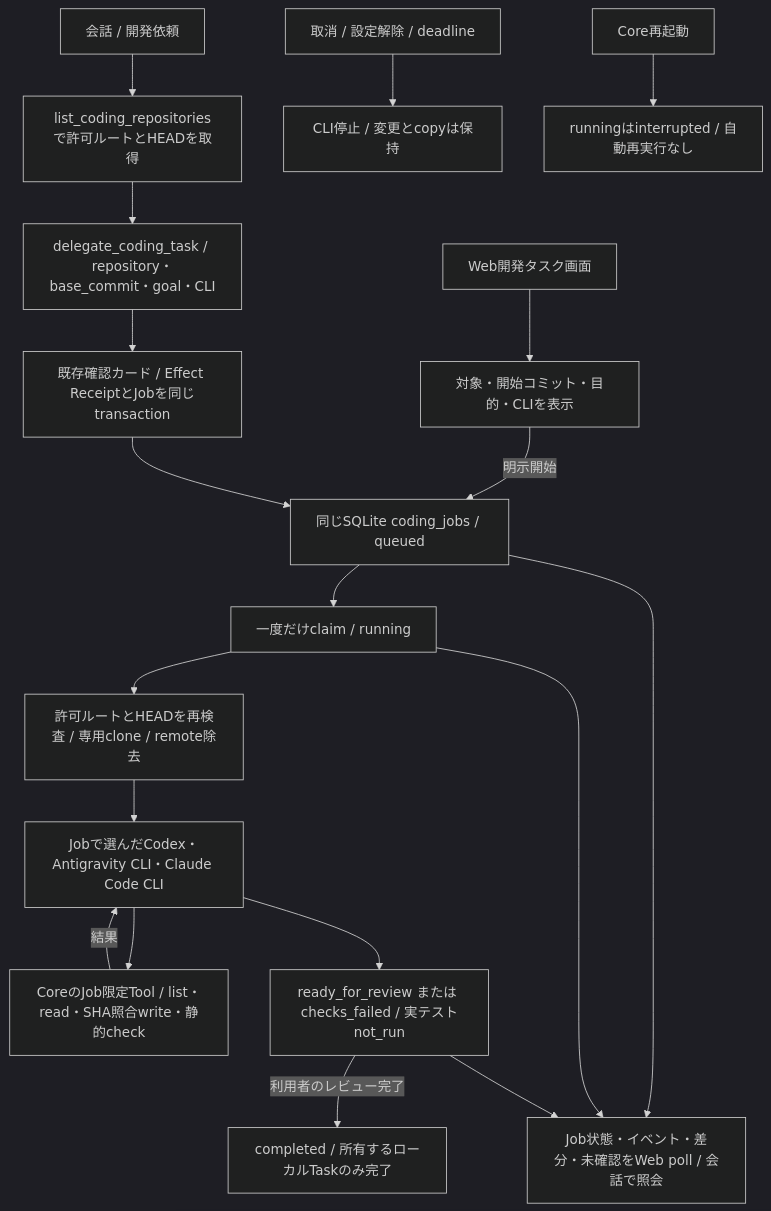
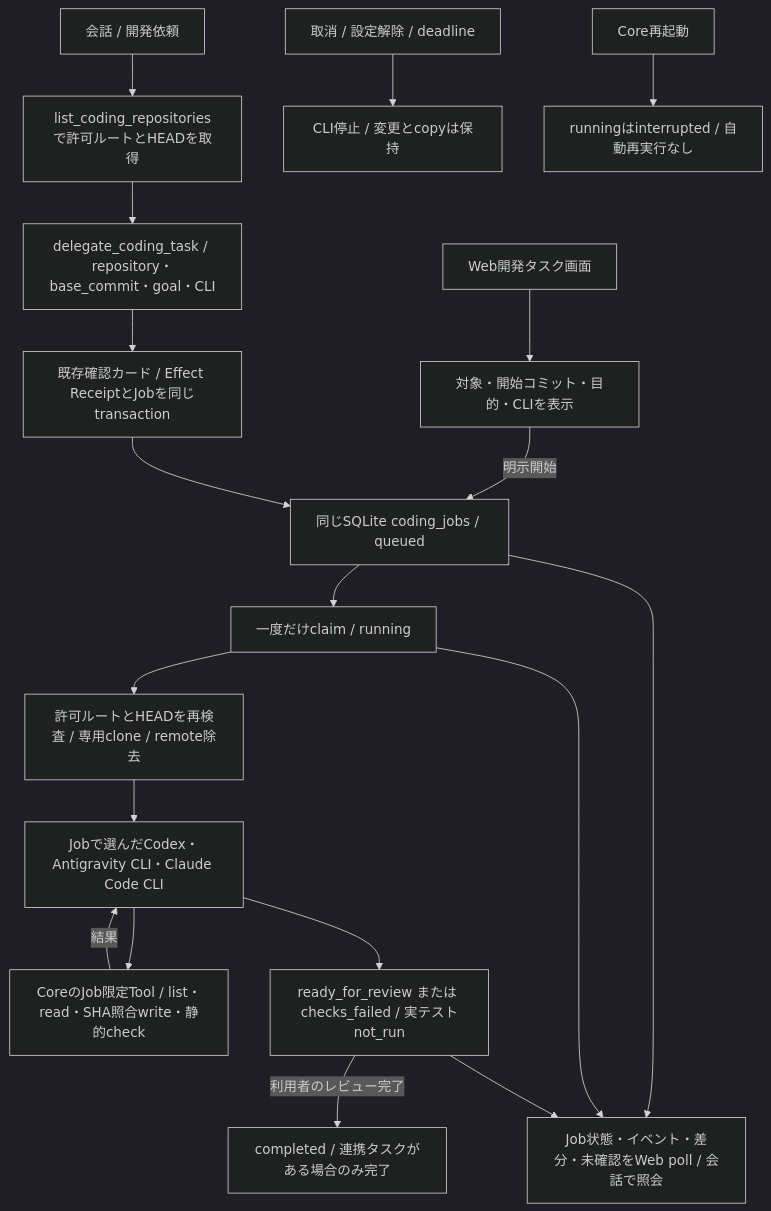
Before and after one commit to Soso2e/PETIT: diagram 17 of 41 in docs/runtime-flows.md, drawn with Mermaid (dark theme). The commit also changed 8 other files, not shown here.

````diff
--- a/docs/runtime-flows.md
+++ b/docs/runtime-flows.md
@@ -358,21 +358,21 @@
 ```mermaid
 flowchart TD
     Chat[会話 / 開発依頼] --> Catalog[list_coding_repositoriesで許可ルートとHEADを取得]
     Catalog --> Propose[delegate_coding_task / repository・base_commit・goal・CLI]
     Propose --> Approval[既存確認カード / Effect ReceiptとJobを同じtransaction]
     Web[Web開発タスク画面] --> Review[対象・開始コミット・目的・CLIを表示]
     Review -->|明示開始| Queue[同じSQLite coding_jobs / queued]
     Approval --> Queue
     Queue --> Claim[一度だけclaim / running]
     Claim --> Copy[許可ルートとHEADを再検査 / 専用clone / remote除去]
     Copy --> Agent[Jobで選んだCodex・Antigravity CLI・Claude Code CLI]
     Agent --> Scoped[CoreのJob限定Tool / list・read・SHA照合write・静的check]
     Scoped -->|結果| Agent
     Agent --> Done[ready_for_review または checks_failed / 実テストnot_run]
-    Done -->|利用者のレビュー完了| Complete[completed / 所有するローカルTaskのみ完了]
+    Done -->|利用者のレビュー完了| Complete[completed / 連携タスクがある場合のみ完了]
     Queue --> Status[Job状態・イベント・差分・未確認をWeb poll / 会話で照会]
     Claim --> Status
     Done --> Status
     Cancel[取消 / 設定解除 / deadline] --> Preserve[CLI停止 / 変更とcopyは保持]
     Restart[Core再起動] --> Interrupted[runningはinterrupted / 自動再実行なし]
 ```
````
